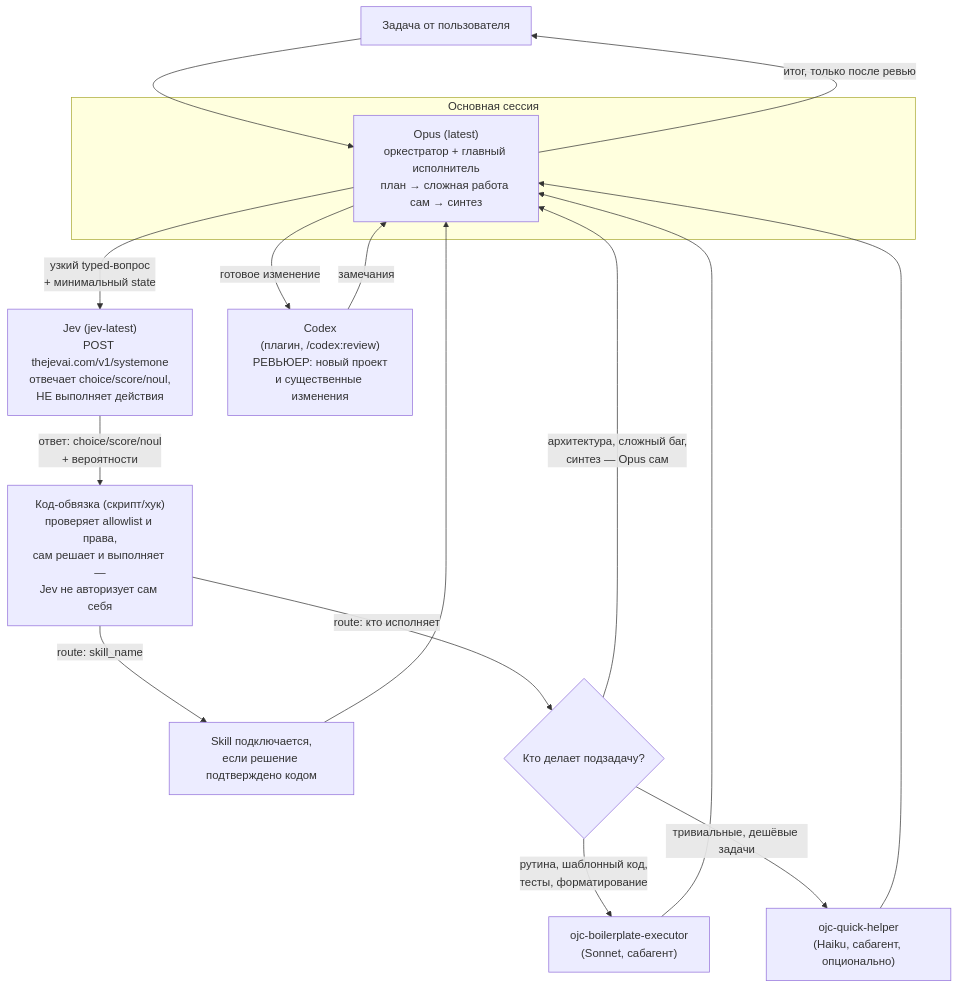
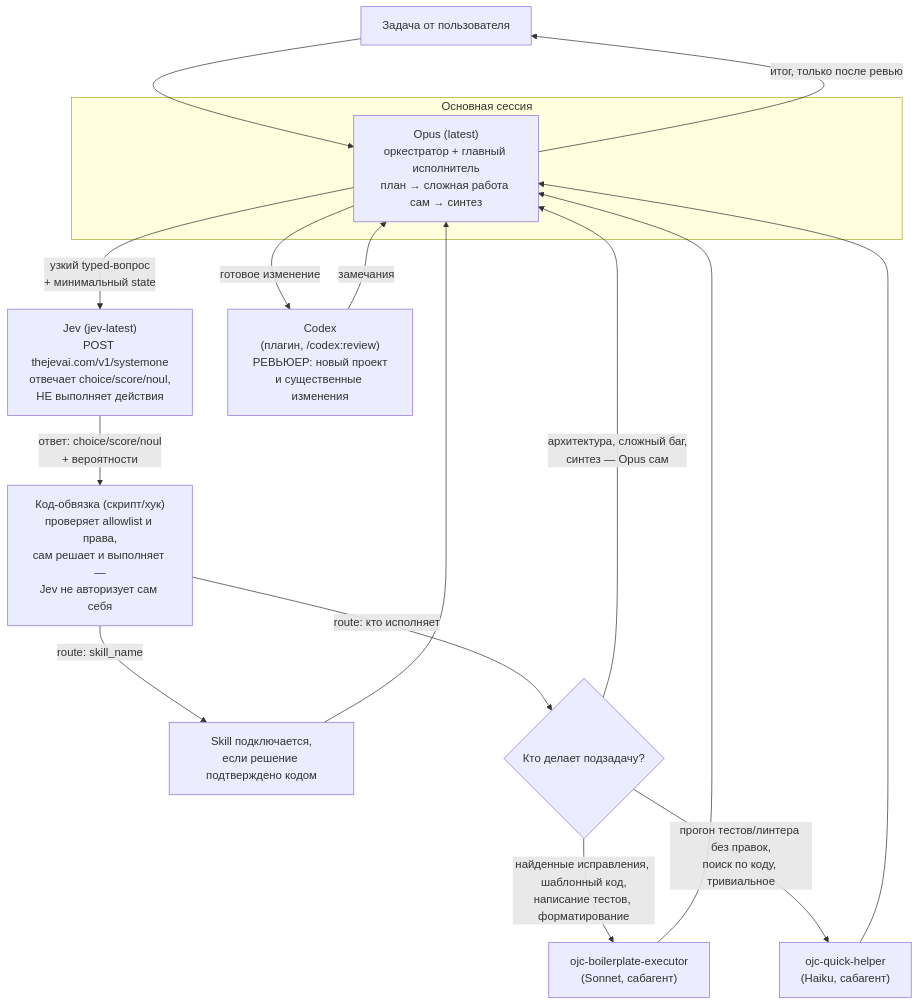
One commit to Lightwell-bg/agents_cc_codex changed the diagram in README.md. Above: the diagram before and after it, drawn with Mermaid. The commit also changed other lines of this file and 5 other files, not shown here.

First line of the commit message:
Hand plain test/lint runs and code search to ojc-quick-helper (Haiku)

````diff
--- a/README.md
+++ b/README.md
@@ -33,27 +33,27 @@
 ```mermaid
 flowchart TD
     U["Задача от пользователя"] --> O
 
     subgraph MAIN["Основная сессия"]
         O["Opus (latest)<br/>оркестратор + главный исполнитель<br/>план → сложная работа сам → синтез"]
     end
 
     O -->|"узкий typed-вопрос<br/>+ минимальный state"| J["Jev (jev-latest)<br/>POST thejevai.com/v1/systemone<br/>отвечает choice/score/noul,<br/>НЕ выполняет действия"]
 
     J -->|"ответ: choice/score/noul<br/>+ вероятности"| CODE["Код-обвязка (скрипт/хук)<br/>проверяет allowlist и права,<br/>сам решает и выполняет —<br/>Jev не авторизует сам себя"]
 
     CODE -->|"route: skill_name"| SK["Skill подключается,<br/>если решение подтверждено кодом"]
     CODE -->|"route: кто исполняет"| ROUTE{"Кто делает подзадачу?"}
 
     ROUTE -->|"архитектура, сложный баг,<br/>синтез — Opus сам"| O
-    ROUTE -->|"рутина, шаблонный код,<br/>тесты, форматирование"| B["ojc-boilerplate-executor<br/>(Sonnet, сабагент)"]
-    ROUTE -->|"тривиальные, дешёвые задачи"| Q["ojc-quick-helper<br/>(Haiku, сабагент, опционально)"]
+    ROUTE -->|"найденные исправления, шаблонный код,<br/>написание тестов, форматирование"| B["ojc-boilerplate-executor<br/>(Sonnet, сабагент)"]
+    ROUTE -->|"прогон тестов/линтера без правок,<br/>поиск по коду, тривиальное"| Q["ojc-quick-helper<br/>(Haiku, сабагент)"]
 
     B --> O
     Q --> O
     SK --> O
 
     O -->|"готовое изменение"| C["Codex<br/>(плагин, /codex:review)<br/>РЕВЬЮЕР: новый проект<br/>и существенные изменения"]
     C -->|"замечания"| O
     O -->|"итог, только после ревью"| U
 ```
````
